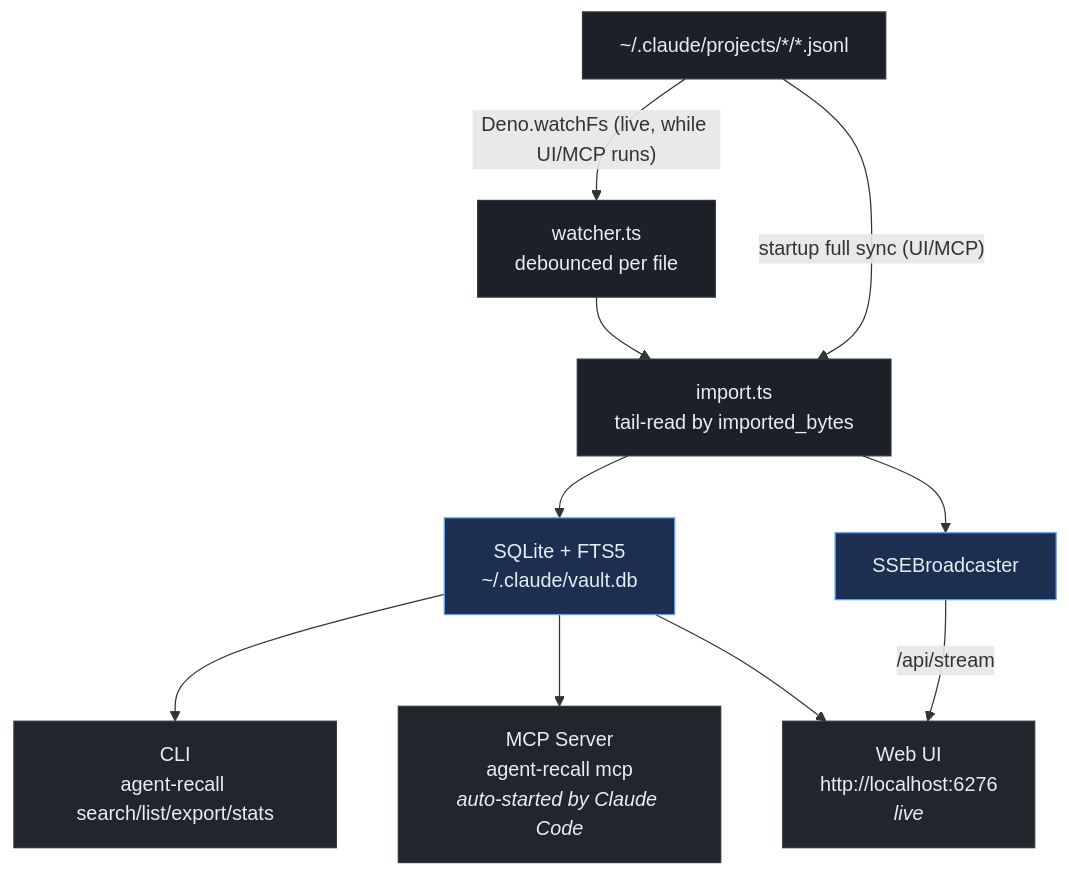
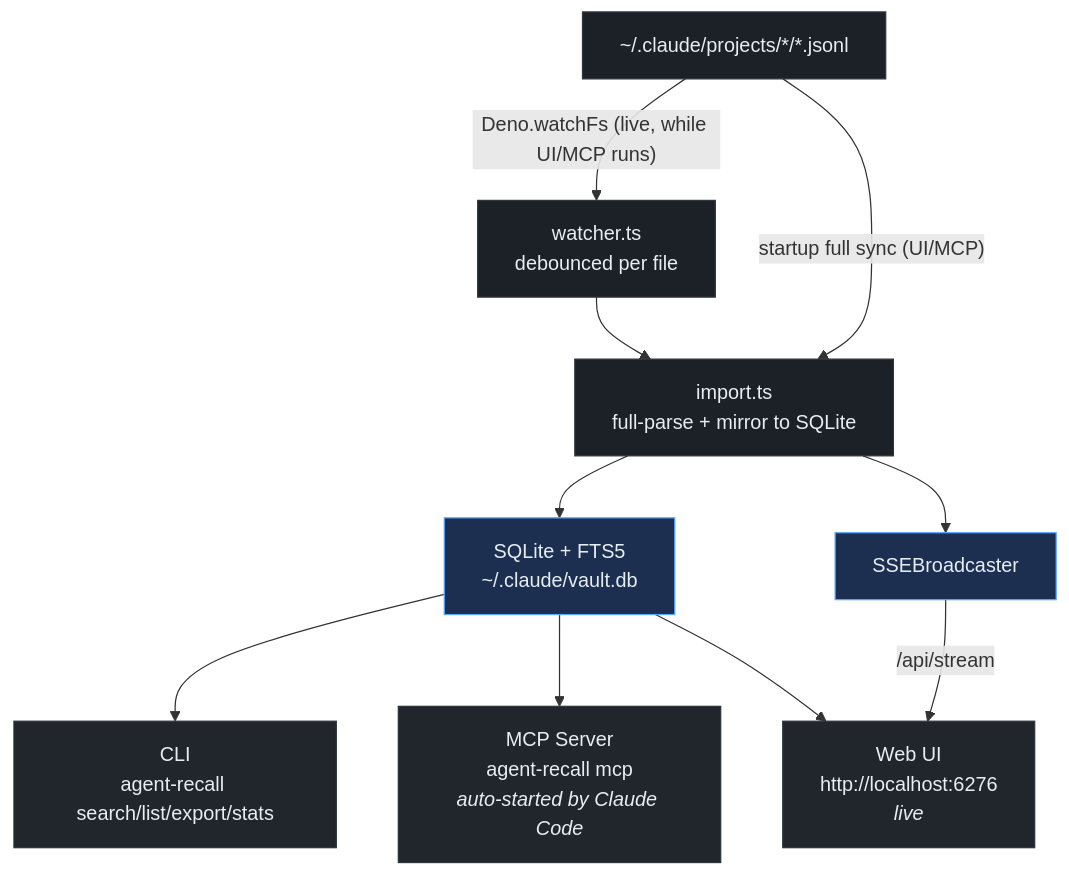
Before and after one commit to babarot/agent-recall: the diagram in README.md, drawn with Mermaid. The commit also changed other lines of this file and 12 other files, not shown here.

````diff
--- a/README.md
+++ b/README.md
@@ -232,22 +232,22 @@
 ```mermaid
 flowchart TD
     JSONL["~/.claude/projects/*/*.jsonl"]
     JSONL -->|"Deno.watchFs (live, while UI/MCP runs)"| Watcher["watcher.ts<br/>debounced per file"]
-    JSONL -->|"startup full sync (UI/MCP)"| Import["import.ts<br/>tail-read by imported_bytes"]
+    JSONL -->|"startup full sync (UI/MCP)"| Import["import.ts<br/>full-parse + mirror to SQLite"]
     Watcher --> Import
     Import --> DB["SQLite + FTS5<br/>~/.claude/vault.db"]
     Import --> SSE["SSEBroadcaster"]
     SSE -->|/api/stream| UI["Web UI<br/>http://localhost:6276<br/><i>live</i>"]
     DB --> CLI["CLI<br/>agent-recall search/list/export/stats"]
     DB --> MCP["MCP Server<br/>agent-recall mcp<br/><i>auto-started by Claude Code</i>"]
     DB --> UI
 
     style JSONL fill:#1c2128,stroke:#30363d,color:#e6edf3
     style Import fill:#1c2128,stroke:#30363d,color:#e6edf3
     style Watcher fill:#1c2128,stroke:#30363d,color:#e6edf3
     style DB fill:#1c2f50,stroke:#58a6ff,color:#e6edf3
     style SSE fill:#1c2f50,stroke:#58a6ff,color:#e6edf3
     style CLI fill:#21262d,stroke:#30363d,color:#e6edf3
     style MCP fill:#21262d,stroke:#30363d,color:#e6edf3
     style UI fill:#21262d,stroke:#30363d,color:#e6edf3
 ```
````
